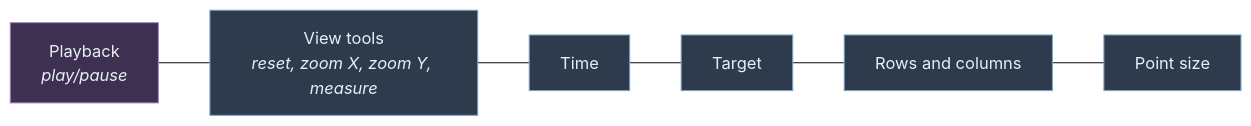
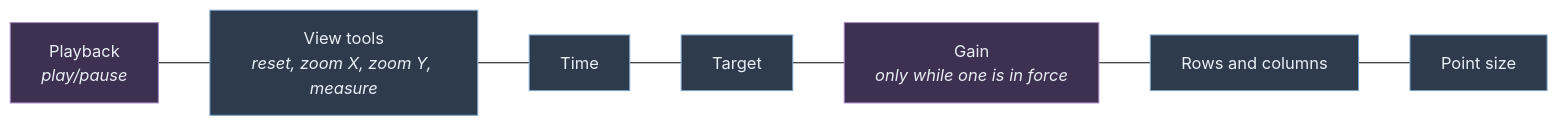
One commit to fabstr/voicevis changed the first of 2 diagrams in src/ui/ResponsiveToolBar.md. Above: the diagram before and after it, drawn with Mermaid (base theme). The commit also changed other lines of this file and 14 other files, not shown here.

````diff
--- a/src/ui/ResponsiveToolBar.md
+++ b/src/ui/ResponsiveToolBar.md
@@ -8,16 +8,17 @@
 ```mermaid
 graph LR
     T["Playback<br/><i>play/pause</i>"]
     V["View tools<br/><i>reset, zoom X, zoom Y, measure</i>"]
     TI["Time"]
     TG["Target"]
+    GN["Gain<br/><i>only while one is in force</i>"]
     G["Rows and columns"]
     P["Point size"]
 
-    T --- V --- TI --- TG --- G --- P
+    T --- V --- TI --- TG --- GN --- G --- P
 
     classDef fixed fill:#3d3050,stroke:#a98ac8,color:#e8eef5
     classDef fold fill:#2d3b4d,stroke:#7aa2c8,color:#e8eef5
-    class T fixed
+    class T,GN fixed
     class V,TI,TG,G,P fold
 ```
````
